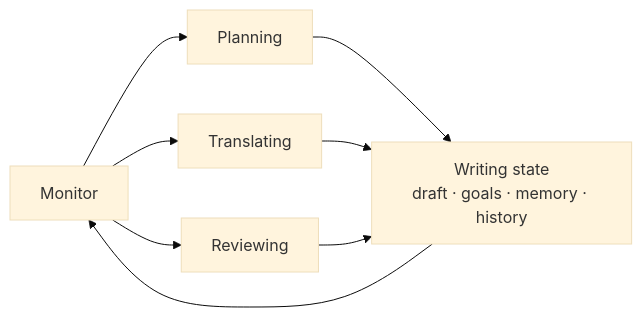
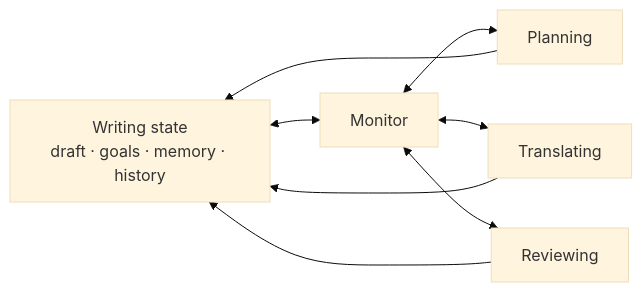
One commit to shunk031/agentic-cognitive-writing changed the diagram in docs/index.md. Above: the diagram before and after it, drawn with Mermaid (base theme). The commit also changed other lines of this file and 2 other files, not shown here.

````diff
--- a/docs/index.md
+++ b/docs/index.md
@@ -48,13 +28,16 @@
 ```mermaid
 flowchart LR
+    state["Writing state<br/>draft · goals · memory · history"]
     monitor["Monitor"]
     planning["Planning"]
     translating["Translating"]
     reviewing["Reviewing"]
-    state["Writing state<br/>draft · goals · memory · history"]
 
-    monitor --> planning --> state
-    monitor --> translating --> state
-    monitor --> reviewing --> state
-    state --> monitor
+    state <--> monitor
+    monitor <--> planning
+    monitor <--> translating
+    monitor <--> reviewing
+    planning --> state
+    translating --> state
+    reviewing --> state
 ```
````
